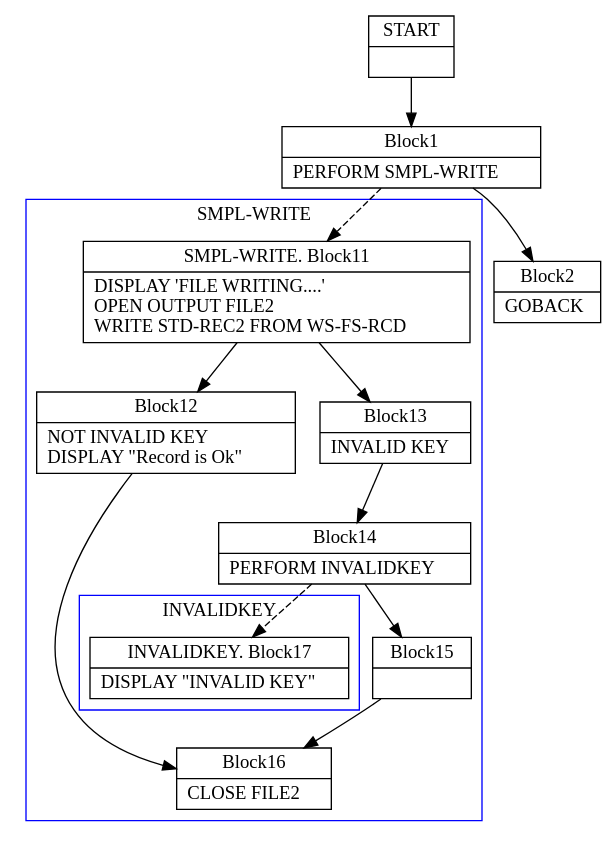
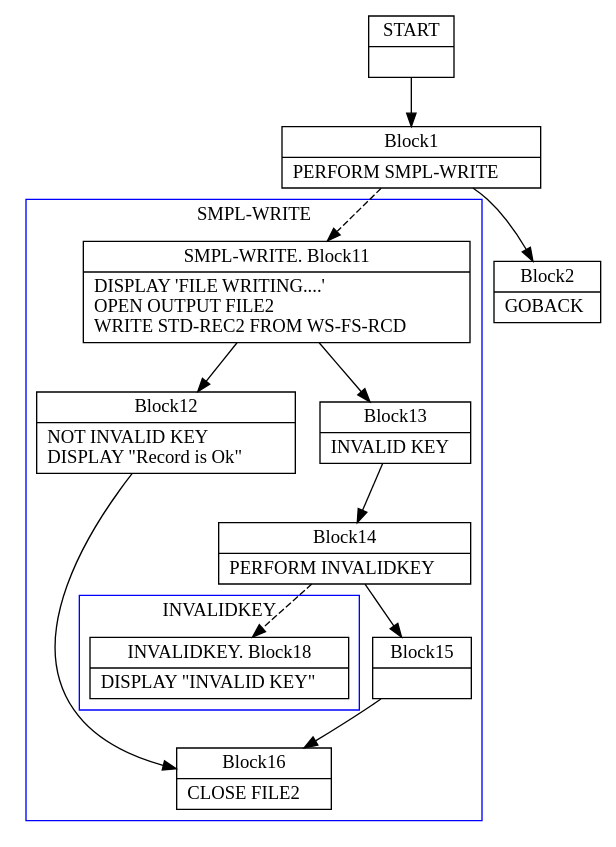
The diagram in TypeCobol.Analysis.Test/BasicCfgInstrs/Write0.dot (TypeCobolTeam/TypeCobol), drawn with Graphviz before and after one commit. The commit also changed 54 other files, not shown here.

Commit message:
WI #1267 Fix iterative and recursive PERFORMs graph building

```diff
--- a/TypeCobol.Analysis.Test/BasicCfgInstrs/Write0.dot
+++ b/TypeCobol.Analysis.Test/BasicCfgInstrs/Write0.dot
@@ -1,63 +1,63 @@
 digraph Cfg {
 compound=true;
 node [
 shape = "record"
 ]
 
 edge [
 arrowtail = "empty"
 ]
 Block0 [
 label = "{START|}"
 ]
 Block1 [
 label = "{Block1|    PERFORM SMPL-WRITE\l}"
 ]
 subgraph cluster_1{
 color = blue;
 label = "SMPL-WRITE";
 Block11 [
 label = "{SMPL-WRITE. Block11|    DISPLAY 'FILE WRITING....'\l    OPEN OUTPUT FILE2\l    WRITE STD-REC2 FROM WS-FS-RCD\l}"
 ]
 Block12 [
 label = "{Block12|    NOT INVALID KEY\l      DISPLAY \"Record is Ok\"\l}"
 ]
 Block16 [
 label = "{Block16|    CLOSE FILE2\l}"
 ]
 Block13 [
 label = "{Block13|    INVALID KEY\l}"
 ]
 Block14 [
 label = "{Block14|      PERFORM INVALIDKEY\l}"
 ]
 subgraph cluster_2{
 color = blue;
 label = "INVALIDKEY";
-Block17 [
-label = "{INVALIDKEY. Block17|    DISPLAY \"INVALID KEY\"\l}"
+Block18 [
+label = "{INVALIDKEY. Block18|    DISPLAY \"INVALID KEY\"\l}"
 ]
 
 }
-Block14 -> Block17 [style=dashed]
+Block14 -> Block18 [style=dashed]
 
 Block15 [
 label = "{Block15|}"
 ]
 Block11 -> Block12
 Block11 -> Block13
 Block12 -> Block16
 Block13 -> Block14
 Block14 -> Block15
 Block15 -> Block16
 
 }
 Block1 -> Block11 [style=dashed]
 
 Block2 [
 label = "{Block2|    GOBACK\l}"
 ]
 Block0 -> Block1
 Block1 -> Block2
 
 }
```
